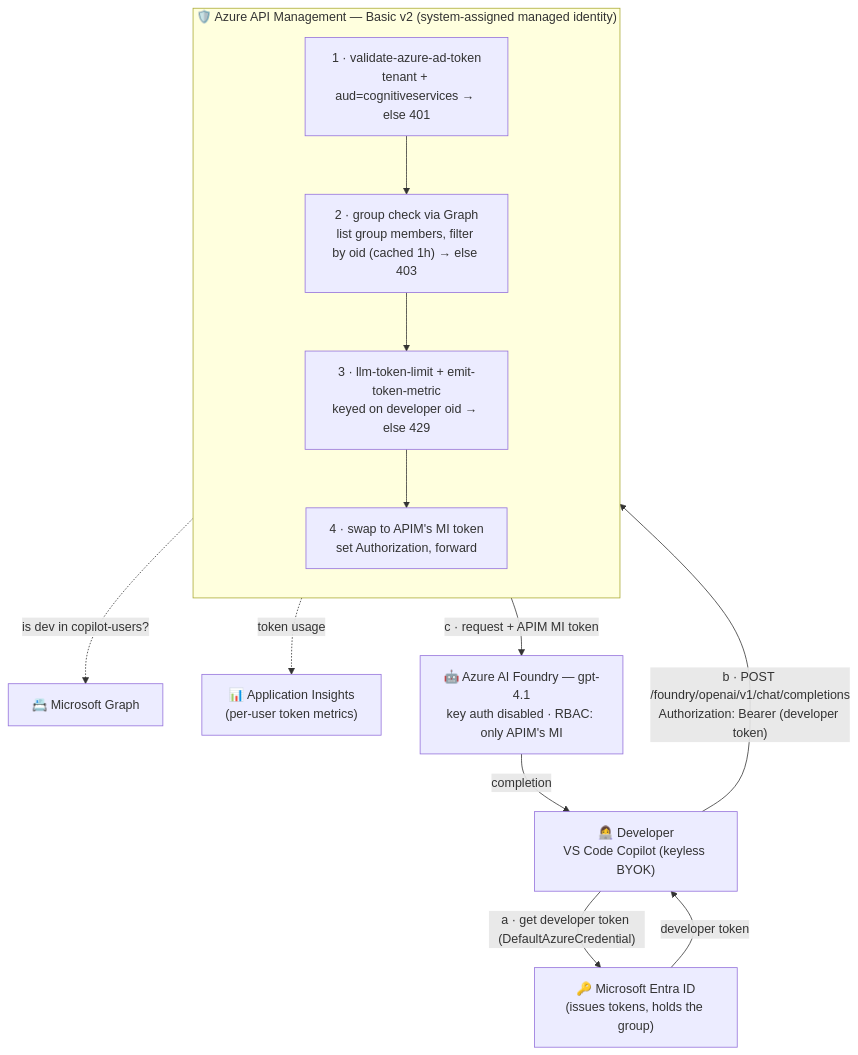
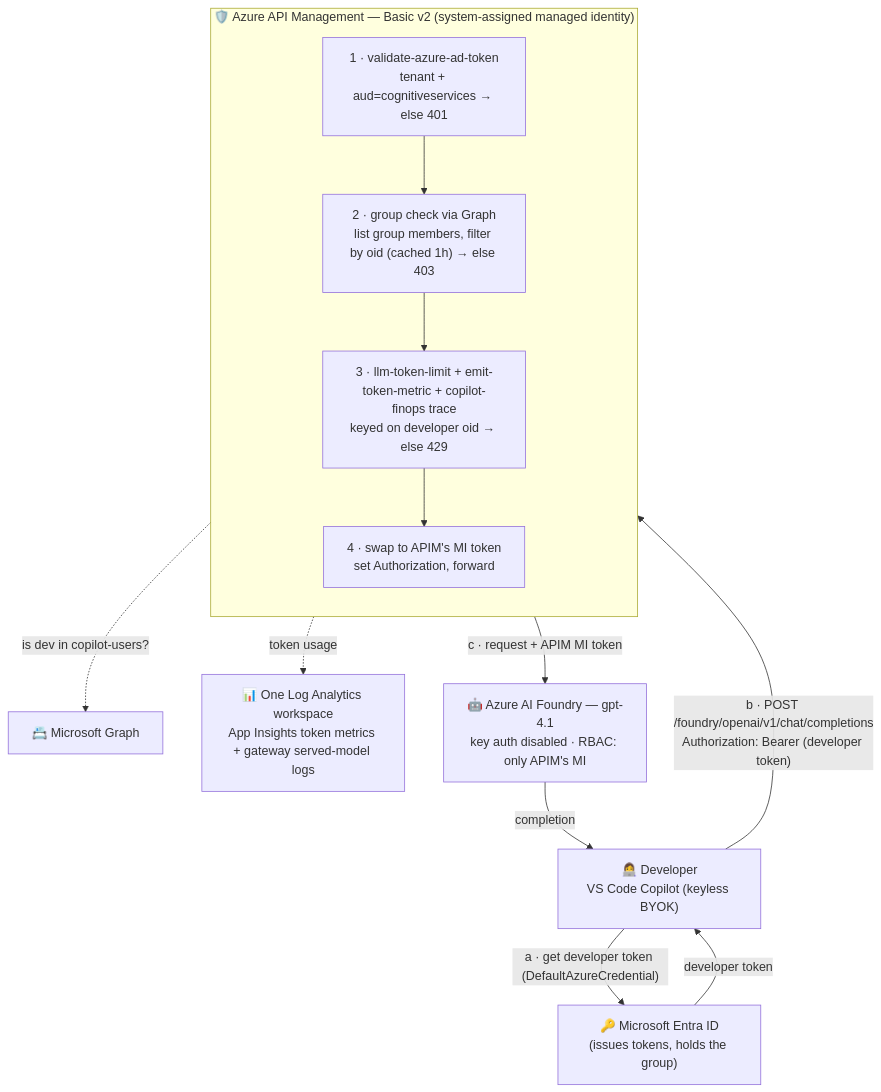
Before and after one commit to angangwa/copilot-byok-foundry-apim: the first of 4 diagrams in infra/README.md, drawn with Mermaid. The commit also changed other lines of this file and 11 other files, not shown here.

Commit message:
per-developer served-model attribution via copilot-finops trace + join, raise per-user limit to 500k TPM, single Log Analytics workspace, parameterize APIM ARM templates + ROUTER_CAPACITY, per-developer served-model workbook widget, scaling-considerations docs, trim and de-duplicate READMEs

````diff
--- a/infra/README.md
+++ b/infra/README.md
@@ -45,26 +43,26 @@
 ```mermaid
 flowchart TB
     Dev["👩‍💻 Developer<br/>VS Code Copilot (keyless BYOK)"]
     Entra["🔑 Microsoft Entra ID<br/>(issues tokens, holds the group)"]
     Graph["📇 Microsoft Graph"]
-    AppI["📊 Application Insights<br/>(per-user token metrics)"]
+    AppI["📊 One Log Analytics workspace<br/>App Insights token metrics + gateway served-model logs"]
 
     subgraph APIM["🛡️ Azure API Management — Basic v2 (system-assigned managed identity)"]
         direction TB
         P1["1 · validate-azure-ad-token<br/>tenant + aud=cognitiveservices → else 401"]
         P2["2 · group check via Graph<br/>list group members, filter by oid (cached 1h) → else 403"]
-        P3["3 · llm-token-limit + emit-token-metric<br/>keyed on developer oid → else 429"]
+        P3["3 · llm-token-limit + emit-token-metric + copilot-finops trace<br/>keyed on developer oid → else 429"]
         P4["4 · swap to APIM's MI token<br/>set Authorization, forward"]
         P1 --> P2 --> P3 --> P4
     end
 
     Foundry["🤖 Azure AI Foundry — gpt-4.1<br/>key auth disabled · RBAC: only APIM's MI"]
 
     Dev -->|"a · get developer token (DefaultAzureCredential)"| Entra
     Entra -->|"developer token"| Dev
     Dev -->|"b · POST /foundry/openai/v1/chat/completions<br/>Authorization: Bearer (developer token)"| P1
     P2 -.->|"is dev in copilot-users?"| Graph
     P4 -->|"c · request + APIM MI token"| Foundry
     P3 -.->|"token usage"| AppI
     Foundry -->|"completion"| Dev
 ```
````
